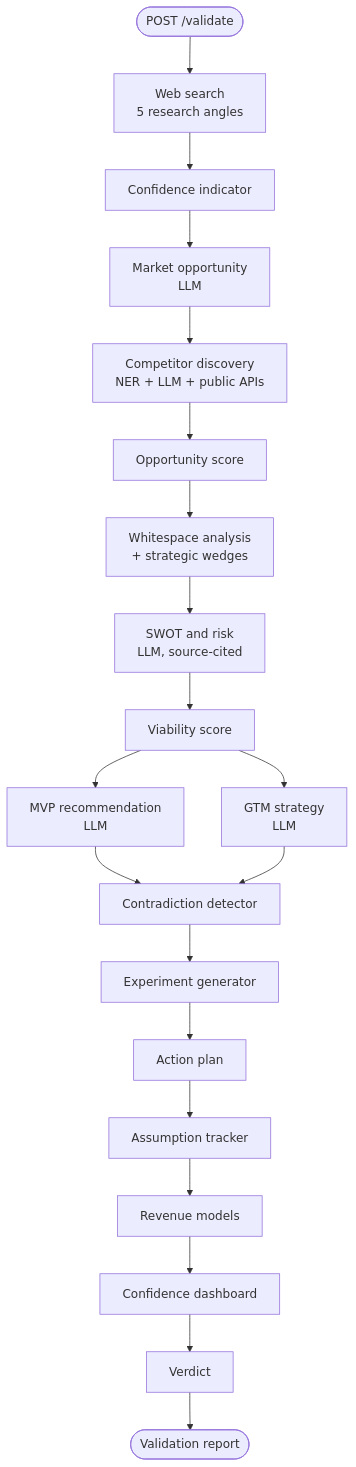
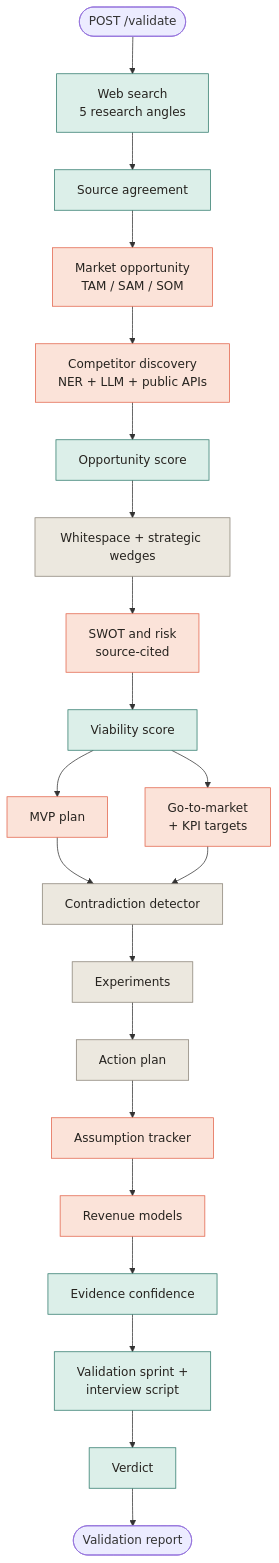
Before and after one commit to Yasaswini-ch/Development-of-AI-Based-Startup-Idea-Validator-with-Market-Analysis-Assistance: the first of 4 diagrams in README.md, drawn with Mermaid. The commit also changed other lines of this file, not shown here.

Commit message:
docs(readme): refresh the pipeline and topology diagrams and add claim-checking and model-routing diagrams

````diff
--- a/README.md
+++ b/README.md
@@ -121,22 +123,30 @@
 ```mermaid
 flowchart TD
     START([POST /validate]) --> WS[Web search<br/>5 research angles]
-    WS --> CI[Confidence indicator]
-    CI --> MO[Market opportunity<br/>LLM]
+    WS --> CI[Source agreement]
+    CI --> MO[Market opportunity<br/>TAM / SAM / SOM]
     MO --> CD[Competitor discovery<br/>NER + LLM + public APIs]
     CD --> OS[Opportunity score]
-    OS --> WSP[Whitespace analysis<br/>+ strategic wedges]
-    WSP --> SW[SWOT and risk<br/>LLM, source-cited]
+    OS --> WSP[Whitespace + strategic wedges]
+    WSP --> SW[SWOT and risk<br/>source-cited]
     SW --> VS[Viability score]
-    VS --> MVP[MVP recommendation<br/>LLM]
-    VS --> GTM[GTM strategy<br/>LLM]
+    VS --> MVP[MVP plan]
+    VS --> GTM[Go-to-market<br/>+ KPI targets]
     MVP --> CT[Contradiction detector]
     GTM --> CT
-    CT --> EX[Experiment generator]
+    CT --> EX[Experiments]
     EX --> AP[Action plan]
     AP --> AS[Assumption tracker]
     AS --> RV[Revenue models]
-    RV --> CF[Confidence dashboard]
-    CF --> VD[Verdict]
+    RV --> CF[Evidence confidence]
+    CF --> SP[Validation sprint +<br/>interview script]
+    SP --> VD[Verdict]
     VD --> END([Validation report])
+
+    classDef llm fill:#fbe3d9,stroke:#e2634a,color:#26231f
+    classDef code fill:#dcefe9,stroke:#2f7a6b,color:#26231f
+    classDef rule fill:#ece8df,stroke:#8a8377,color:#26231f
+    class MO,CD,SW,MVP,GTM,AS,RV llm
+    class WS,CI,OS,VS,CF,SP,VD code
+    class WSP,CT,EX,AP rule
 ```
````
